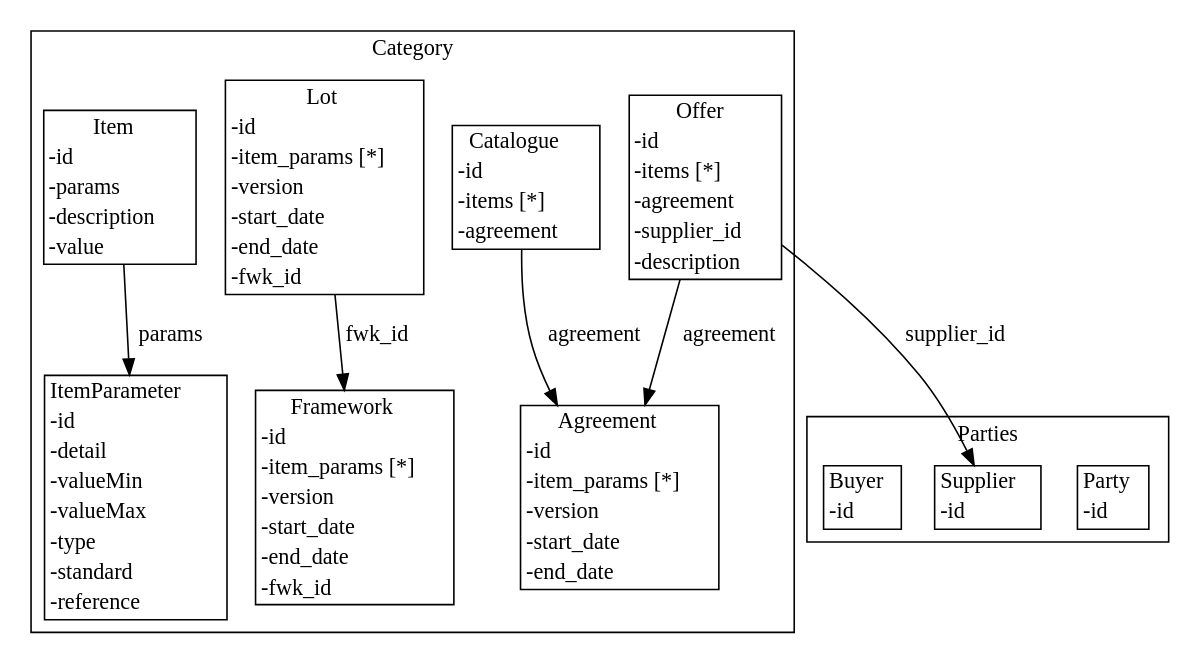
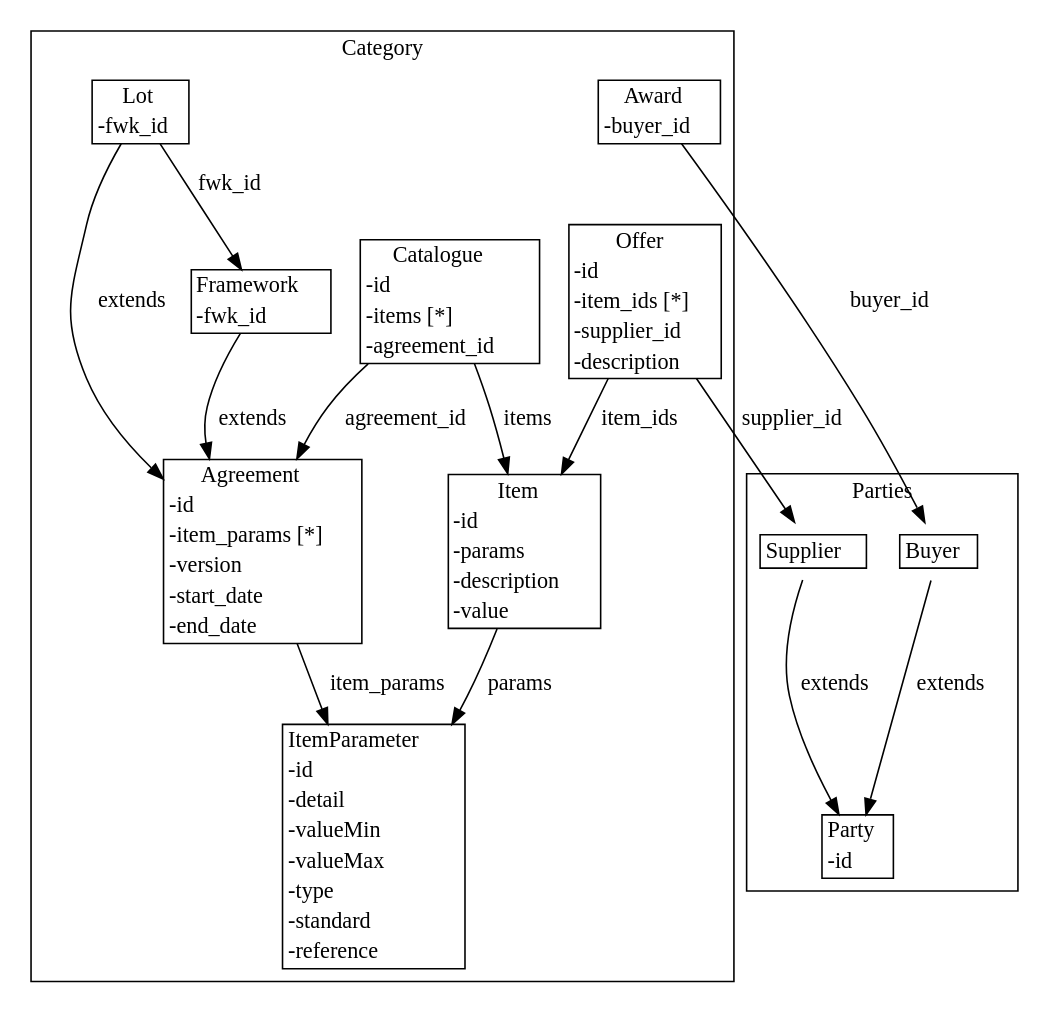
Before and after one commit to Crown-Commercial-Service/cmp-design-prototype: the diagram in agreement-design/gen/diagrams/data_model.dot, drawn with Graphviz. The commit also changed 4 other files, not shown here.

```diff
--- a/agreement-design/gen/diagrams/data_model.dot
+++ b/agreement-design/gen/diagrams/data_model.dot
@@ -1,25 +1,33 @@
 strict digraph {
 subgraph cluster_Category {
 node [shape=plaintext margin=0];
 label=Category;
 "ItemParameter" [label=<<table BORDER="1" CELLBORDER="0" CELLSPACING="0"><TH><TD>ItemParameter</TD></TH><TR><TD ALIGN="LEFT">-id </TD></TR><TR><TD ALIGN="LEFT">-detail </TD></TR><TR><TD ALIGN="LEFT">-valueMin </TD></TR><TR><TD ALIGN="LEFT">-valueMax </TD></TR><TR><TD ALIGN="LEFT">-type </TD></TR><TR><TD ALIGN="LEFT">-standard </TD></TR><TR><TD ALIGN="LEFT">-reference </TD></TR></table>>];
 "Agreement" [label=<<table BORDER="1" CELLBORDER="0" CELLSPACING="0"><TH><TD>Agreement</TD></TH><TR><TD ALIGN="LEFT">-id </TD></TR><TR><TD ALIGN="LEFT">-item_params [*]</TD></TR><TR><TD ALIGN="LEFT">-version </TD></TR><TR><TD ALIGN="LEFT">-start_date </TD></TR><TR><TD ALIGN="LEFT">-end_date </TD></TR></table>>];
-"Framework" [label=<<table BORDER="1" CELLBORDER="0" CELLSPACING="0"><TH><TD>Framework</TD></TH><TR><TD ALIGN="LEFT">-id </TD></TR><TR><TD ALIGN="LEFT">-item_params [*]</TD></TR><TR><TD ALIGN="LEFT">-version </TD></TR><TR><TD ALIGN="LEFT">-start_date </TD></TR><TR><TD ALIGN="LEFT">-end_date </TD></TR><TR><TD ALIGN="LEFT">-fwk_id </TD></TR></table>>];
-"Lot" [label=<<table BORDER="1" CELLBORDER="0" CELLSPACING="0"><TH><TD>Lot</TD></TH><TR><TD ALIGN="LEFT">-id </TD></TR><TR><TD ALIGN="LEFT">-item_params [*]</TD></TR><TR><TD ALIGN="LEFT">-version </TD></TR><TR><TD ALIGN="LEFT">-start_date </TD></TR><TR><TD ALIGN="LEFT">-end_date </TD></TR><TR><TD ALIGN="LEFT">-fwk_id </TD></TR></table>>];
+"Framework" [label=<<table BORDER="1" CELLBORDER="0" CELLSPACING="0"><TH><TD>Framework</TD></TH><TR><TD ALIGN="LEFT">-fwk_id </TD></TR></table>>];
+"Lot" [label=<<table BORDER="1" CELLBORDER="0" CELLSPACING="0"><TH><TD>Lot</TD></TH><TR><TD ALIGN="LEFT">-fwk_id </TD></TR></table>>];
 "Item" [label=<<table BORDER="1" CELLBORDER="0" CELLSPACING="0"><TH><TD>Item</TD></TH><TR><TD ALIGN="LEFT">-id </TD></TR><TR><TD ALIGN="LEFT">-params </TD></TR><TR><TD ALIGN="LEFT">-description </TD></TR><TR><TD ALIGN="LEFT">-value </TD></TR></table>>];
-"Catalogue" [label=<<table BORDER="1" CELLBORDER="0" CELLSPACING="0"><TH><TD>Catalogue</TD></TH><TR><TD ALIGN="LEFT">-id </TD></TR><TR><TD ALIGN="LEFT">-items [*]</TD></TR><TR><TD ALIGN="LEFT">-agreement </TD></TR></table>>];
-"Offer" [label=<<table BORDER="1" CELLBORDER="0" CELLSPACING="0"><TH><TD>Offer</TD></TH><TR><TD ALIGN="LEFT">-id </TD></TR><TR><TD ALIGN="LEFT">-items [*]</TD></TR><TR><TD ALIGN="LEFT">-agreement </TD></TR><TR><TD ALIGN="LEFT">-supplier_id </TD></TR><TR><TD ALIGN="LEFT">-description </TD></TR></table>>];
+"Catalogue" [label=<<table BORDER="1" CELLBORDER="0" CELLSPACING="0"><TH><TD>Catalogue</TD></TH><TR><TD ALIGN="LEFT">-id </TD></TR><TR><TD ALIGN="LEFT">-items [*]</TD></TR><TR><TD ALIGN="LEFT">-agreement_id </TD></TR></table>>];
+"Offer" [label=<<table BORDER="1" CELLBORDER="0" CELLSPACING="0"><TH><TD>Offer</TD></TH><TR><TD ALIGN="LEFT">-id </TD></TR><TR><TD ALIGN="LEFT">-item_ids [*]</TD></TR><TR><TD ALIGN="LEFT">-supplier_id </TD></TR><TR><TD ALIGN="LEFT">-description </TD></TR></table>>];
+"Award" [label=<<table BORDER="1" CELLBORDER="0" CELLSPACING="0"><TH><TD>Award</TD></TH><TR><TD ALIGN="LEFT">-buyer_id </TD></TR></table>>];
 }
 subgraph cluster_Parties {
 node [shape=plaintext margin=0];
 label=Parties;
 "Party" [label=<<table BORDER="1" CELLBORDER="0" CELLSPACING="0"><TH><TD>Party</TD></TH><TR><TD ALIGN="LEFT">-id </TD></TR></table>>];
-"Supplier" [label=<<table BORDER="1" CELLBORDER="0" CELLSPACING="0"><TH><TD>Supplier</TD></TH><TR><TD ALIGN="LEFT">-id </TD></TR></table>>];
-"Buyer" [label=<<table BORDER="1" CELLBORDER="0" CELLSPACING="0"><TH><TD>Buyer</TD></TH><TR><TD ALIGN="LEFT">-id </TD></TR></table>>];
+"Supplier" [label=<<table BORDER="1" CELLBORDER="0" CELLSPACING="0"><TH><TD>Supplier</TD></TH></table>>];
+"Buyer" [label=<<table BORDER="1" CELLBORDER="0" CELLSPACING="0"><TH><TD>Buyer</TD></TH></table>>];
 }
+"Agreement" -> "ItemParameter" [label=item_params];
+"Framework" -> "Agreement" [label=extends];
 "Lot" -> "Framework" [label=fwk_id];
+"Lot" -> "Agreement" [label=extends];
 "Item" -> "ItemParameter" [label=params];
-"Catalogue" -> "Agreement" [label=agreement];
-"Offer" -> "Agreement" [label=agreement];
+"Catalogue" -> "Item" [label=items];
+"Catalogue" -> "Agreement" [label=agreement_id];
+"Offer" -> "Item" [label=item_ids];
 "Offer" -> "Supplier" [label=supplier_id];
+"Award" -> "Buyer" [label=buyer_id];
+"Supplier" -> "Party" [label=extends];
+"Buyer" -> "Party" [label=extends];
 }
```
